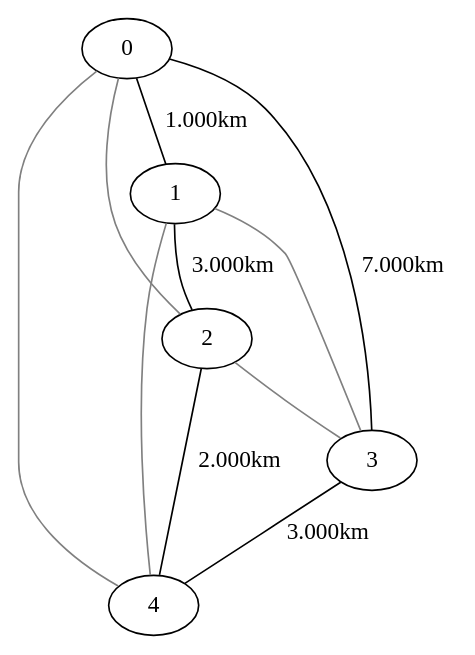
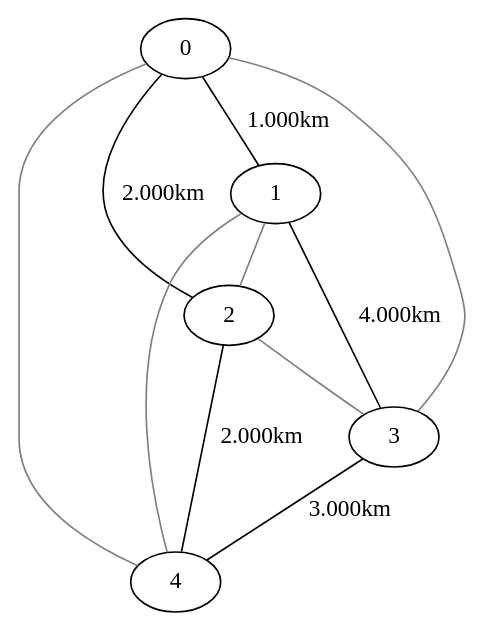
One commit to RenatoMoraesUFES/MCVRPIRFTW changed the diagram in bin/OUTPUT/01_PCV_solucao_pcv.dot. Above: the diagram before and after it, drawn with Graphviz. The commit also changed 4 other files, not shown here.

```diff
--- a/bin/OUTPUT/01_PCV_solucao_pcv.dot
+++ b/bin/OUTPUT/01_PCV_solucao_pcv.dot
@@ -1,12 +1,12 @@
 strict graph {
 0--1 [label =  "1.000km"];
-0--2 [color=grey];
-0--3 [label =  "7.000km"];
+0--2 [label =  "2.000km"];
+0--3 [color=grey];
 0--4 [color=grey];
-1--2 [label =  "3.000km"];
-1--3 [color=grey];
+1--2 [color=grey];
+1--3 [label =  "4.000km"];
 1--4 [color=grey];
 2--3 [color=grey];
-2--4 [label =  "2.000km"];
-3--4 [label = "3.000km"];
+2--4 [label = "2.000km"];
+3--4 [label =  "3.000km"];
 }
```
